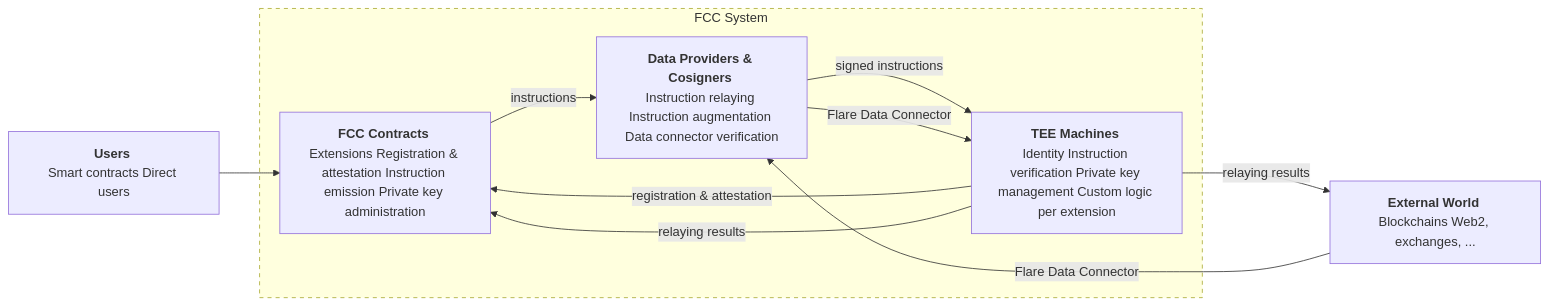
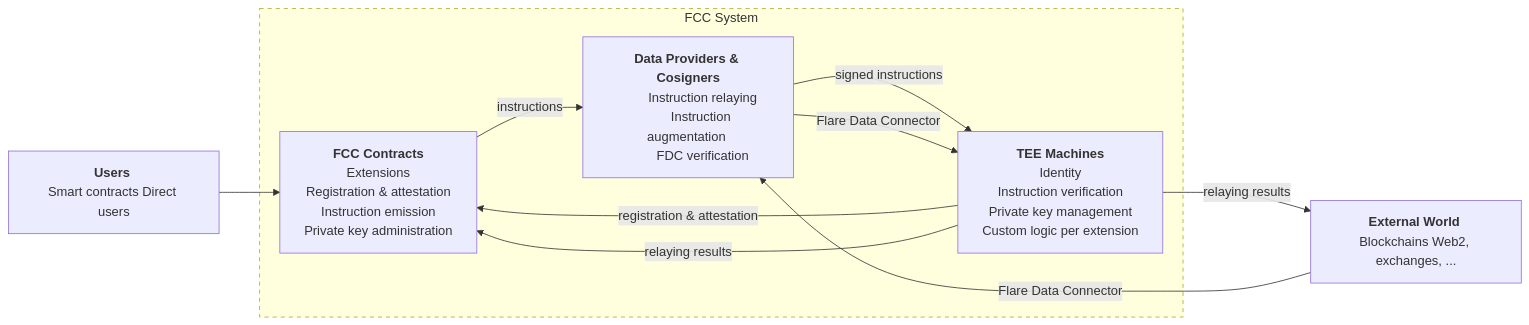
One commit to flare-foundation/developer-hub changed the first of 2 diagrams in docs/fcc/1-overview.mdx. Above: the diagram before and after it, drawn with Mermaid. The commit also changed other lines of this file, not shown here.

Commit message:
fix(docs): improve FCC overview guide

````diff
--- a/docs/fcc/1-overview.mdx
+++ b/docs/fcc/1-overview.mdx
@@ -45,20 +45,31 @@
 ```mermaid
 graph LR
 
     subgraph FCCSystem["FCC System"]
-        FC["<b>FCC Contracts</b> <p>Extensions Registration & attestation Instruction emission Private key administration</p>"]
-        DP["<b>Data Providers & Cosigners</b> <p>Instruction relaying Instruction augmentation Data connector verification</p>"]
-        TEE["<b>TEE Machines</b> <p>Identity Instruction verification Private key management Custom logic per extension</p>"]
+        FC["<b>FCC Contracts</b>
+        Extensions
+        Registration & attestation
+        Instruction emission
+        Private key administration"]
+        DP["<b>Data Providers & Cosigners</b>
+        Instruction relaying
+        Instruction augmentation 
+        FDC verification"]
+        TEE["<b>TEE Machines</b> 
+        Identity 
+        Instruction verification 
+        Private key management 
+        Custom logic per extension"]
     end
 
     Users["<b>Users</b> <p>Smart contracts Direct users</p>"] --> FC
     EW["<b>External World</b> <p>Blockchains Web2, exchanges, ...</p>"] -- "Flare Data Connector" --> DP
     FC -- "instructions" --> DP
     DP -- "signed instructions" --> TEE
     TEE -- "registration & attestation" --> FC
     TEE -- "relaying results" --> FC
     DP -- "Flare Data Connector" --> TEE
     TEE -- "relaying results" --> EW
 
     style FCCSystem stroke-dasharray: 5 5
 ```
````
